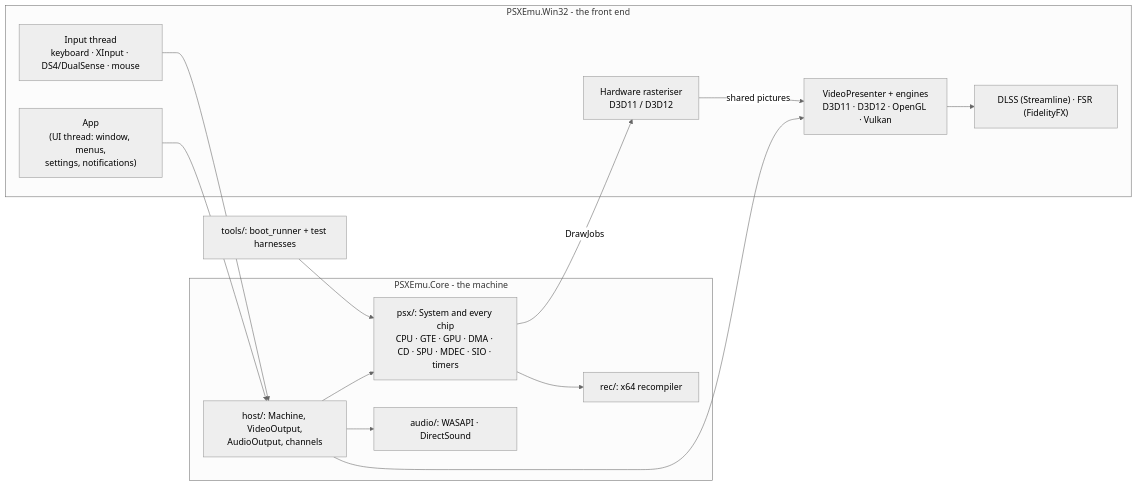
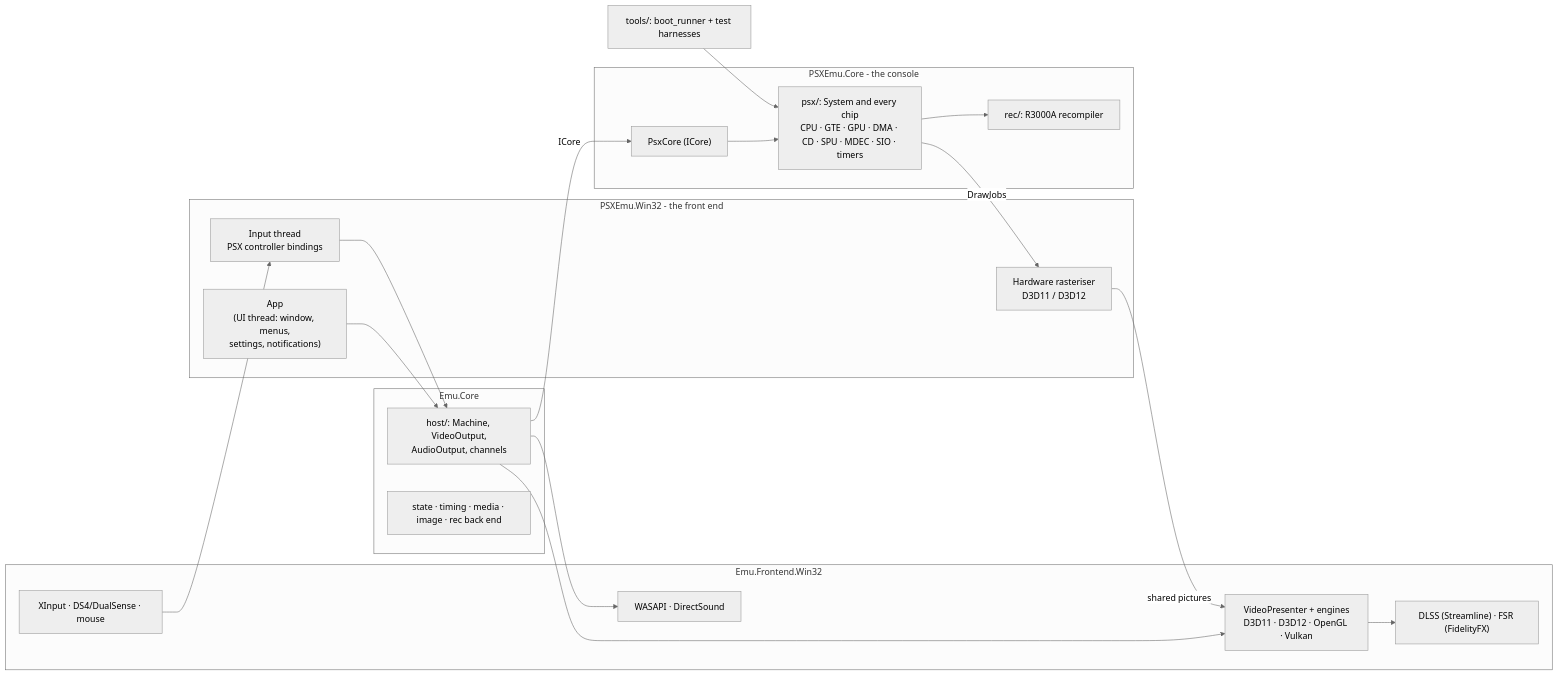
Before and after one commit to Noplace/PsxEmu: the first of 5 diagrams in Docs/Architecture.md, drawn with Mermaid (neutral theme). The commit also changed other lines of this file and 14 other files, not shown here.

````diff
--- a/Docs/Architecture.md
+++ b/Docs/Architecture.md
@@ -57,27 +59,36 @@
 ```mermaid
 flowchart LR
   subgraph Win32["PSXEmu.Win32 - the front end"]
     App["App<br/>(UI thread: window, menus,<br/>settings, notifications)"]
+    HWR["Hardware rasteriser<br/>D3D11 / D3D12"]
+    Input["Input thread<br/>PSX controller bindings"]
+  end
+  subgraph FE["Emu.Frontend.Win32"]
     Presenter["VideoPresenter + engines<br/>D3D11 · D3D12 · OpenGL · Vulkan"]
-    HWR["Hardware rasteriser<br/>D3D11 / D3D12"]
-    Input["Input thread<br/>keyboard · XInput · DS4/DualSense · mouse"]
     Upscale["DLSS (Streamline) · FSR (FidelityFX)"]
+    Audio["WASAPI · DirectSound"]
+    Devices["XInput · DS4/DualSense · mouse"]
   end
-  subgraph Core["PSXEmu.Core - the machine"]
+  subgraph EC["Emu.Core"]
     Host["host/: Machine, VideoOutput,<br/>AudioOutput, channels"]
+    Shared["state · timing · media · image · rec back end"]
+  end
+  subgraph Core["PSXEmu.Core - the console"]
+    PsxCore["PsxCore (ICore)"]
     PSX["psx/: System and every chip<br/>CPU · GTE · GPU · DMA · CD · SPU · MDEC · SIO · timers"]
-    Rec["rec/: x64 recompiler"]
-    Audio["audio/: WASAPI · DirectSound"]
+    Rec["rec/: R3000A recompiler"]
   end
   Tools["tools/: boot_runner + test harnesses"]
   App --> Host
-  Host --> PSX
+  Host -- "ICore" --> PsxCore
+  PsxCore --> PSX
   PSX --> Rec
   Host --> Audio
   Host --> Presenter
   PSX -- "DrawJobs" --> HWR
   HWR -- "shared pictures" --> Presenter
   Presenter --> Upscale
+  Devices --> Input
   Input --> Host
   Tools --> PSX
 ```
````
